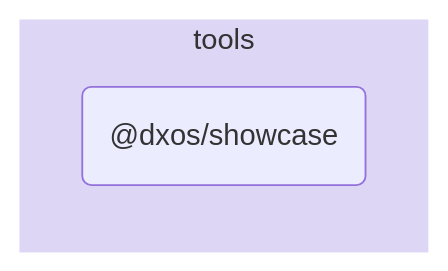
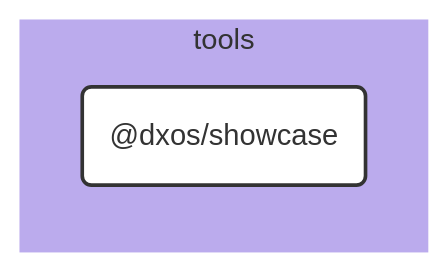
Before and after one commit to dxos/dxos: the diagram in tools/showcase/docs/README.md, drawn with Mermaid. The commit also changed other lines of this file and 109 other files, not shown here.

````diff
--- a/tools/showcase/docs/README.md
+++ b/tools/showcase/docs/README.md
@@ -5,9 +7,25 @@
 ```mermaid
-flowchart LR;
+%%{ init: {'flowchart':{'curve':'basis'}} }%%
 
+flowchart LR
+
+%% Links
+
+%% Sections
 subgraph tools
-  style tools fill:#ded6f5,stroke:#fff;
-  dxos/showcase("@dxos/showcase");
+  style tools fill:#bbabed,stroke:#fff;
+
+  dxos/showcase("@dxos/showcase")
 end
 
+
+%% Hyperlinks
+
+%% Styles
+classDef rootNode fill:#fff,stroke:#333,stroke-width:2px
+classDef defaultNode fill:#fff,stroke:#333,stroke-width:1px
+linkStyle default stroke:#333,stroke-width:1px
+
+dxos/showcase:::rootNode
+
 ```
````
